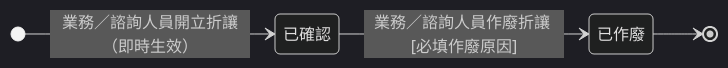
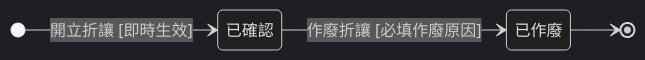
One commit to Kawato-Miles/erp-spec changed the diagram in memory/Sens_wiki/wiki/erp/06-state-machines/折讓單狀態.md. Above: the diagram before and after it, drawn with Mermaid (dark theme). The commit also changed other lines of this file and 37 other files, not shown here.

````diff
--- a/memory/Sens_wiki/wiki/erp/06-state-machines/折讓單狀態.md
+++ b/memory/Sens_wiki/wiki/erp/06-state-machines/折讓單狀態.md
@@ -34,11 +36,11 @@
 ```mermaid
 stateDiagram-v2
     direction LR
 
-    [*] --> s_confirmed : 業務／諮詢人員開立折讓（即時生效）
+    [*] --> s_confirmed : 開立折讓 [即時生效]
     state "已確認" as s_confirmed
     state "已作廢" as s_void
 
-    s_confirmed --> s_void : 業務／諮詢人員作廢折讓 [必填作廢原因]
+    s_confirmed --> s_void : 作廢折讓 [必填作廢原因]
     s_void --> [*]
 ```
````
